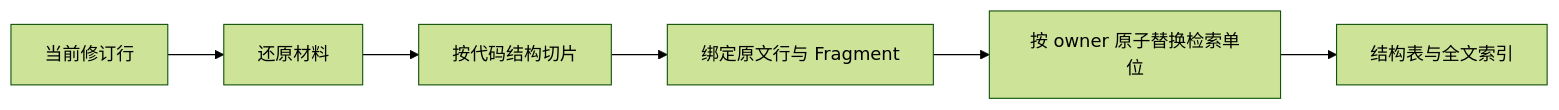
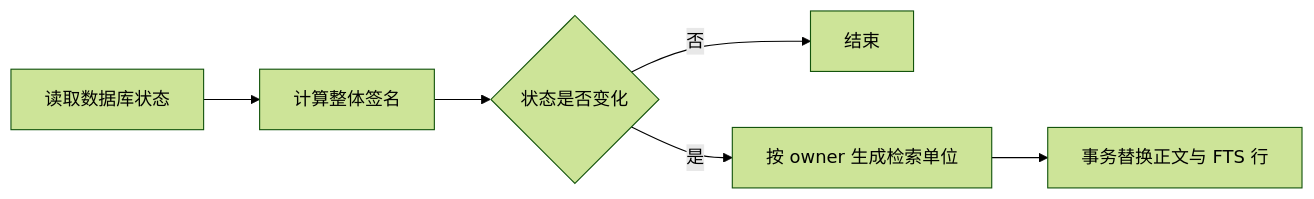
Before and after one commit to lejunyang/omem: the diagram in .repo-review/knowledge/articles/130cdb6c662c51b13762227a6e5989994935a42467c7e55412ace7eb689e1d4f.md, drawn with Mermaid (forest theme). The commit also changed other lines of this file and 18 other files, not shown here.

````diff
--- a/.repo-review/knowledge/articles/130cdb6c662c51b13762227a6e5989994935a42467c7e55412ace7eb689e1d4f.md
+++ b/.repo-review/knowledge/articles/130cdb6c662c51b13762227a6e5989994935a42467c7e55412ace7eb689e1d4f.md
@@ -19,8 +19,8 @@
 ```mermaid
 flowchart LR
-  A[当前修订行] --> B[还原材料]
-  B --> C[按代码结构切片]
-  C --> D[绑定原文行与 Fragment]
-  D --> E[按 owner 原子替换检索单位]
-  E --> F[结构表与全文索引]
+  A[读取数据库状态] --> B[计算整体签名]
+  B --> C{状态是否变化}
+  C -- 否 --> D[结束]
+  C -- 是 --> E[按 owner 生成检索单位]
+  E --> F[事务替换正文与 FTS 行]
 ```
````
